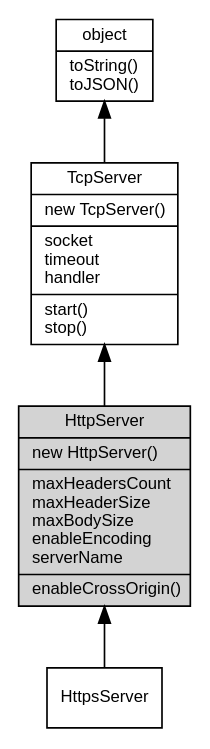
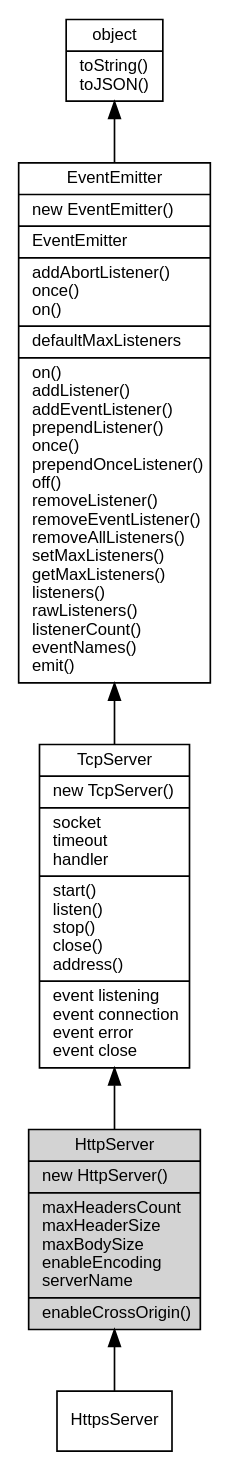
The diagram in docs/manual/object/ifs/HttpServer.md (fibjs/fibjs.org), drawn with Graphviz before and after one commit. The commit also changed other lines of this file and 148 other files, not shown here.

First line of the commit message:
feat: add ZlibCodec documentation and update object graph

````diff
--- a/docs/manual/object/ifs/HttpServer.md
+++ b/docs/manual/object/ifs/HttpServer.md
@@ -27,14 +27,16 @@
 ```dot
 digraph {
     node [fontname="Helvetica,sans-Serif", fontsize=10, shape="record", style="filled", fillcolor="white"];
 
     object [tooltip="object", URL="object.md", label="{object|toString()\ltoJSON()\l}"];
-    TcpServer [tooltip="TcpServer", URL="TcpServer.md", label="{TcpServer|new TcpServer()\l|socket\ltimeout\lhandler\l|start()\lstop()\l}"];
+    EventEmitter [tooltip="EventEmitter", URL="EventEmitter.md", label="{EventEmitter|new EventEmitter()\l|EventEmitter\l|addAbortListener()\lonce()\lon()\l|defaultMaxListeners\l|on()\laddListener()\laddEventListener()\lprependListener()\lonce()\lprependOnceListener()\loff()\lremoveListener()\lremoveEventListener()\lremoveAllListeners()\lsetMaxListeners()\lgetMaxListeners()\llisteners()\lrawListeners()\llistenerCount()\leventNames()\lemit()\l}"];
+    TcpServer [tooltip="TcpServer", URL="TcpServer.md", label="{TcpServer|new TcpServer()\l|socket\ltimeout\lhandler\l|start()\llisten()\lstop()\lclose()\laddress()\l|event listening\levent connection\levent error\levent close\l}"];
     HttpServer [tooltip="HttpServer", fillcolor="lightgray", id="me", label="{HttpServer|new HttpServer()\l|maxHeadersCount\lmaxHeaderSize\lmaxBodySize\lenableEncoding\lserverName\l|enableCrossOrigin()\l}"];
     HttpsServer [tooltip="HttpsServer", URL="HttpsServer.md", label="{HttpsServer}"];
 
-    object -> TcpServer [dir=back];
+    object -> EventEmitter [dir=back];
+    EventEmitter -> TcpServer [dir=back];
     TcpServer -> HttpServer [dir=back];
     HttpServer -> HttpsServer [dir=back];
 }
 ```
````
